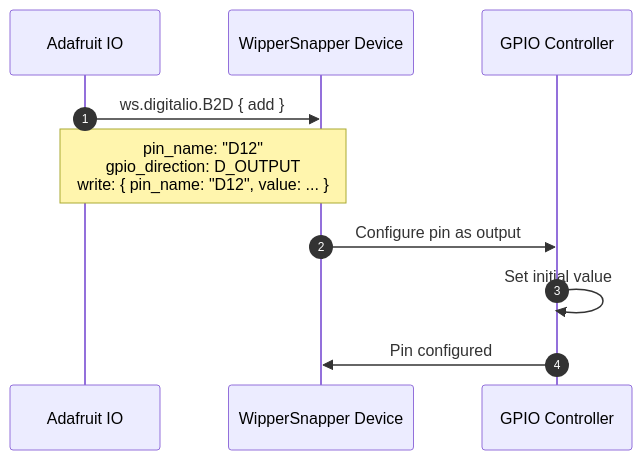
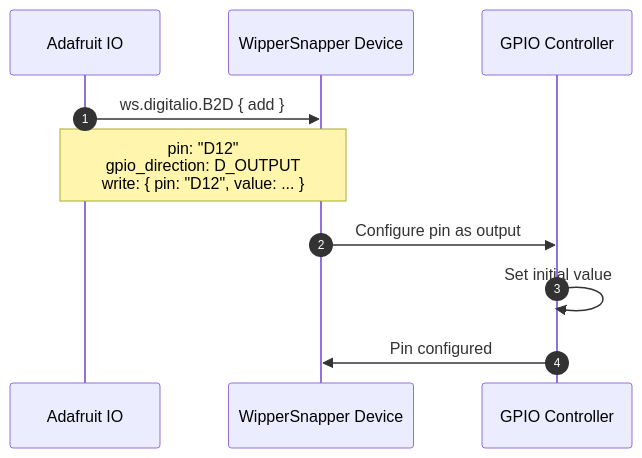
One commit to adafruit/Wippersnapper_Protobuf changed the second of 4 diagrams in proto/wippersnapper/docs/digitalio.md. Above: the diagram before and after it, drawn with Mermaid. The commit also changed other lines of this file and 10 other files, not shown here.

Commit message:
rename pin_name to pin everywhere

````diff
--- a/proto/wippersnapper/docs/digitalio.md
+++ b/proto/wippersnapper/docs/digitalio.md
@@ -87,14 +87,14 @@
 ```mermaid
 sequenceDiagram
 autonumber
 participant IO as Adafruit IO
 participant Device as WipperSnapper Device
 participant GPIO as GPIO Controller
 
 IO->>Device: ws.digitalio.B2D { add }
-Note over IO,Device: pin_name: "D12"<br/>gpio_direction: D_OUTPUT<br/>write: { pin_name: "D12", value: ... }
+Note over IO,Device: pin: "D12"<br/>gpio_direction: D_OUTPUT<br/>write: { pin: "D12", value: ... }
 
 Device->>GPIO: Configure pin as output
 GPIO->>GPIO: Set initial value
 GPIO->>Device: Pin configured
 ```
````
